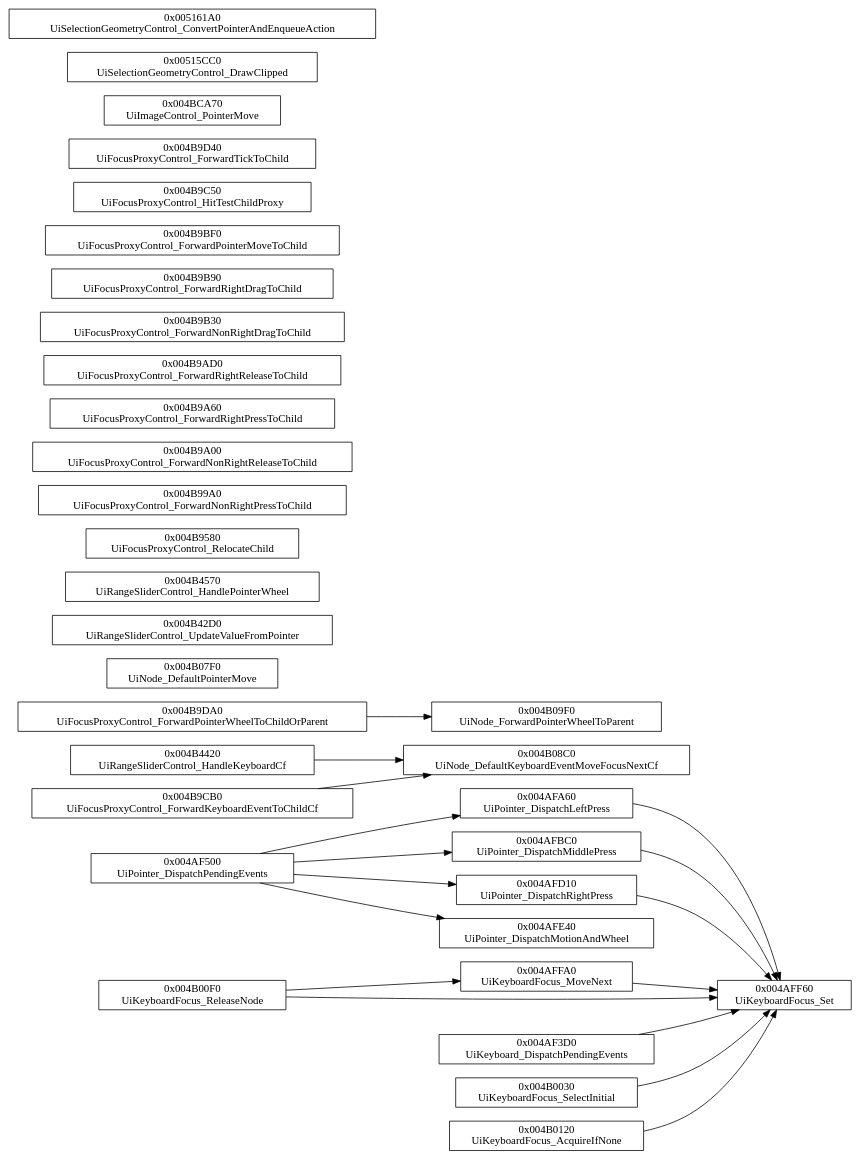
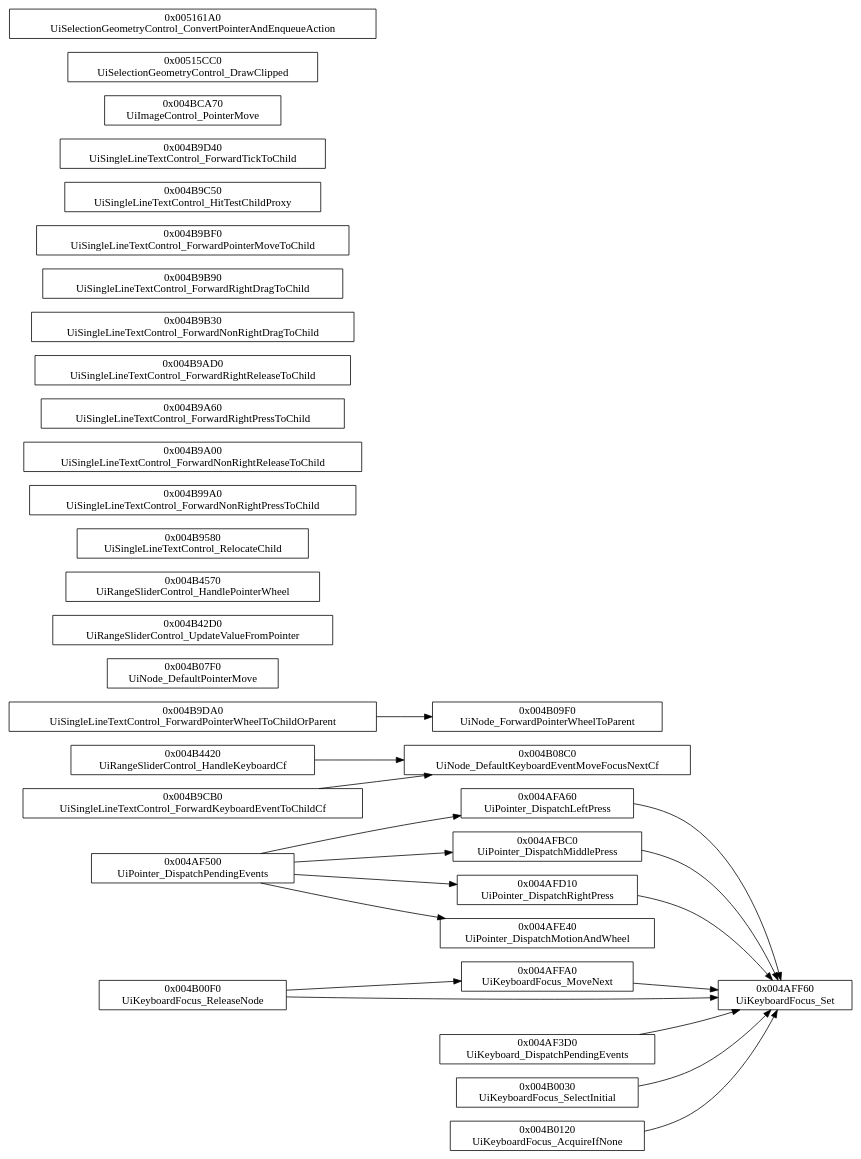
One commit to idkFoxes/open-thandor changed the diagram in docs/callgraphs/ui/controls/input.dot. Above: the diagram before and after it, drawn with Graphviz. The commit also changed 20 other files, not shown here.

First line of the commit message:
Name the text label classes for what they are; transfer progress gauge node

```diff
--- a/docs/callgraphs/ui/controls/input.dot
+++ b/docs/callgraphs/ui/controls/input.dot
@@ -1,52 +1,52 @@
 digraph thandor {
   rankdir=LR;
   node [shape=box];
   "UiPointer_DispatchPendingEvents" [label="0x004AF500\nUiPointer_DispatchPendingEvents"];
   "UiKeyboardFocus_ReleaseNode" [label="0x004B00F0\nUiKeyboardFocus_ReleaseNode"];
   "UiKeyboard_DispatchPendingEvents" [label="0x004AF3D0\nUiKeyboard_DispatchPendingEvents"];
   "UiKeyboardFocus_SelectInitial" [label="0x004B0030\nUiKeyboardFocus_SelectInitial"];
   "UiKeyboardFocus_AcquireIfNone" [label="0x004B0120\nUiKeyboardFocus_AcquireIfNone"];
   "UiRangeSliderControl_HandleKeyboardCf" [label="0x004B4420\nUiRangeSliderControl_HandleKeyboardCf"];
-  "UiFocusProxyControl_ForwardKeyboardEventToChildCf" [label="0x004B9CB0\nUiFocusProxyControl_ForwardKeyboardEventToChildCf"];
-  "UiFocusProxyControl_ForwardPointerWheelToChildOrParent" [label="0x004B9DA0\nUiFocusProxyControl_ForwardPointerWheelToChildOrParent"];
+  "UiSingleLineTextControl_ForwardKeyboardEventToChildCf" [label="0x004B9CB0\nUiSingleLineTextControl_ForwardKeyboardEventToChildCf"];
+  "UiSingleLineTextControl_ForwardPointerWheelToChildOrParent" [label="0x004B9DA0\nUiSingleLineTextControl_ForwardPointerWheelToChildOrParent"];
   "UiNode_DefaultPointerMove" [label="0x004B07F0\nUiNode_DefaultPointerMove"];
   "UiRangeSliderControl_UpdateValueFromPointer" [label="0x004B42D0\nUiRangeSliderControl_UpdateValueFromPointer"];
   "UiRangeSliderControl_HandlePointerWheel" [label="0x004B4570\nUiRangeSliderControl_HandlePointerWheel"];
-  "UiFocusProxyControl_RelocateChild" [label="0x004B9580\nUiFocusProxyControl_RelocateChild"];
-  "UiFocusProxyControl_ForwardNonRightPressToChild" [label="0x004B99A0\nUiFocusProxyControl_ForwardNonRightPressToChild"];
-  "UiFocusProxyControl_ForwardNonRightReleaseToChild" [label="0x004B9A00\nUiFocusProxyControl_ForwardNonRightReleaseToChild"];
-  "UiFocusProxyControl_ForwardRightPressToChild" [label="0x004B9A60\nUiFocusProxyControl_ForwardRightPressToChild"];
-  "UiFocusProxyControl_ForwardRightReleaseToChild" [label="0x004B9AD0\nUiFocusProxyControl_ForwardRightReleaseToChild"];
-  "UiFocusProxyControl_ForwardNonRightDragToChild" [label="0x004B9B30\nUiFocusProxyControl_ForwardNonRightDragToChild"];
-  "UiFocusProxyControl_ForwardRightDragToChild" [label="0x004B9B90\nUiFocusProxyControl_ForwardRightDragToChild"];
-  "UiFocusProxyControl_ForwardPointerMoveToChild" [label="0x004B9BF0\nUiFocusProxyControl_ForwardPointerMoveToChild"];
-  "UiFocusProxyControl_HitTestChildProxy" [label="0x004B9C50\nUiFocusProxyControl_HitTestChildProxy"];
-  "UiFocusProxyControl_ForwardTickToChild" [label="0x004B9D40\nUiFocusProxyControl_ForwardTickToChild"];
+  "UiSingleLineTextControl_RelocateChild" [label="0x004B9580\nUiSingleLineTextControl_RelocateChild"];
+  "UiSingleLineTextControl_ForwardNonRightPressToChild" [label="0x004B99A0\nUiSingleLineTextControl_ForwardNonRightPressToChild"];
+  "UiSingleLineTextControl_ForwardNonRightReleaseToChild" [label="0x004B9A00\nUiSingleLineTextControl_ForwardNonRightReleaseToChild"];
+  "UiSingleLineTextControl_ForwardRightPressToChild" [label="0x004B9A60\nUiSingleLineTextControl_ForwardRightPressToChild"];
+  "UiSingleLineTextControl_ForwardRightReleaseToChild" [label="0x004B9AD0\nUiSingleLineTextControl_ForwardRightReleaseToChild"];
+  "UiSingleLineTextControl_ForwardNonRightDragToChild" [label="0x004B9B30\nUiSingleLineTextControl_ForwardNonRightDragToChild"];
+  "UiSingleLineTextControl_ForwardRightDragToChild" [label="0x004B9B90\nUiSingleLineTextControl_ForwardRightDragToChild"];
+  "UiSingleLineTextControl_ForwardPointerMoveToChild" [label="0x004B9BF0\nUiSingleLineTextControl_ForwardPointerMoveToChild"];
+  "UiSingleLineTextControl_HitTestChildProxy" [label="0x004B9C50\nUiSingleLineTextControl_HitTestChildProxy"];
+  "UiSingleLineTextControl_ForwardTickToChild" [label="0x004B9D40\nUiSingleLineTextControl_ForwardTickToChild"];
   "UiImageControl_PointerMove" [label="0x004BCA70\nUiImageControl_PointerMove"];
   "UiSelectionGeometryControl_DrawClipped" [label="0x00515CC0\nUiSelectionGeometryControl_DrawClipped"];
   "UiSelectionGeometryControl_ConvertPointerAndEnqueueAction" [label="0x005161A0\nUiSelectionGeometryControl_ConvertPointerAndEnqueueAction"];
   "UiPointer_DispatchLeftPress" [label="0x004AFA60\nUiPointer_DispatchLeftPress"];
   "UiPointer_DispatchMiddlePress" [label="0x004AFBC0\nUiPointer_DispatchMiddlePress"];
   "UiPointer_DispatchRightPress" [label="0x004AFD10\nUiPointer_DispatchRightPress"];
   "UiKeyboardFocus_MoveNext" [label="0x004AFFA0\nUiKeyboardFocus_MoveNext"];
   "UiPointer_DispatchMotionAndWheel" [label="0x004AFE40\nUiPointer_DispatchMotionAndWheel"];
   "UiNode_ForwardPointerWheelToParent" [label="0x004B09F0\nUiNode_ForwardPointerWheelToParent"];
   "UiNode_DefaultKeyboardEventMoveFocusNextCf" [label="0x004B08C0\nUiNode_DefaultKeyboardEventMoveFocusNextCf"];
   "UiKeyboardFocus_Set" [label="0x004AFF60\nUiKeyboardFocus_Set"];
   "UiPointer_DispatchPendingEvents" -> "UiPointer_DispatchMotionAndWheel";
   "UiPointer_DispatchPendingEvents" -> "UiPointer_DispatchRightPress";
   "UiPointer_DispatchPendingEvents" -> "UiPointer_DispatchLeftPress";
   "UiPointer_DispatchPendingEvents" -> "UiPointer_DispatchMiddlePress";
   "UiKeyboardFocus_ReleaseNode" -> "UiKeyboardFocus_MoveNext";
   "UiKeyboardFocus_ReleaseNode" -> "UiKeyboardFocus_Set";
   "UiKeyboard_DispatchPendingEvents" -> "UiKeyboardFocus_Set";
   "UiKeyboardFocus_SelectInitial" -> "UiKeyboardFocus_Set";
   "UiKeyboardFocus_AcquireIfNone" -> "UiKeyboardFocus_Set";
   "UiRangeSliderControl_HandleKeyboardCf" -> "UiNode_DefaultKeyboardEventMoveFocusNextCf";
-  "UiFocusProxyControl_ForwardKeyboardEventToChildCf" -> "UiNode_DefaultKeyboardEventMoveFocusNextCf";
-  "UiFocusProxyControl_ForwardPointerWheelToChildOrParent" -> "UiNode_ForwardPointerWheelToParent";
+  "UiSingleLineTextControl_ForwardKeyboardEventToChildCf" -> "UiNode_DefaultKeyboardEventMoveFocusNextCf";
+  "UiSingleLineTextControl_ForwardPointerWheelToChildOrParent" -> "UiNode_ForwardPointerWheelToParent";
   "UiPointer_DispatchLeftPress" -> "UiKeyboardFocus_Set";
   "UiPointer_DispatchMiddlePress" -> "UiKeyboardFocus_Set";
   "UiPointer_DispatchRightPress" -> "UiKeyboardFocus_Set";
   "UiKeyboardFocus_MoveNext" -> "UiKeyboardFocus_Set";
 }
```
